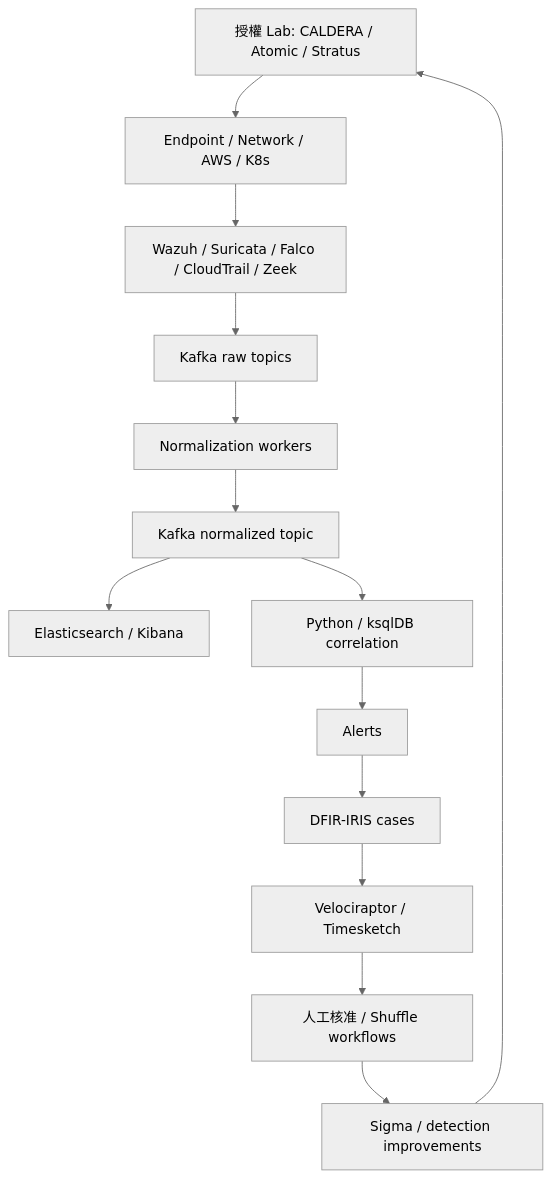
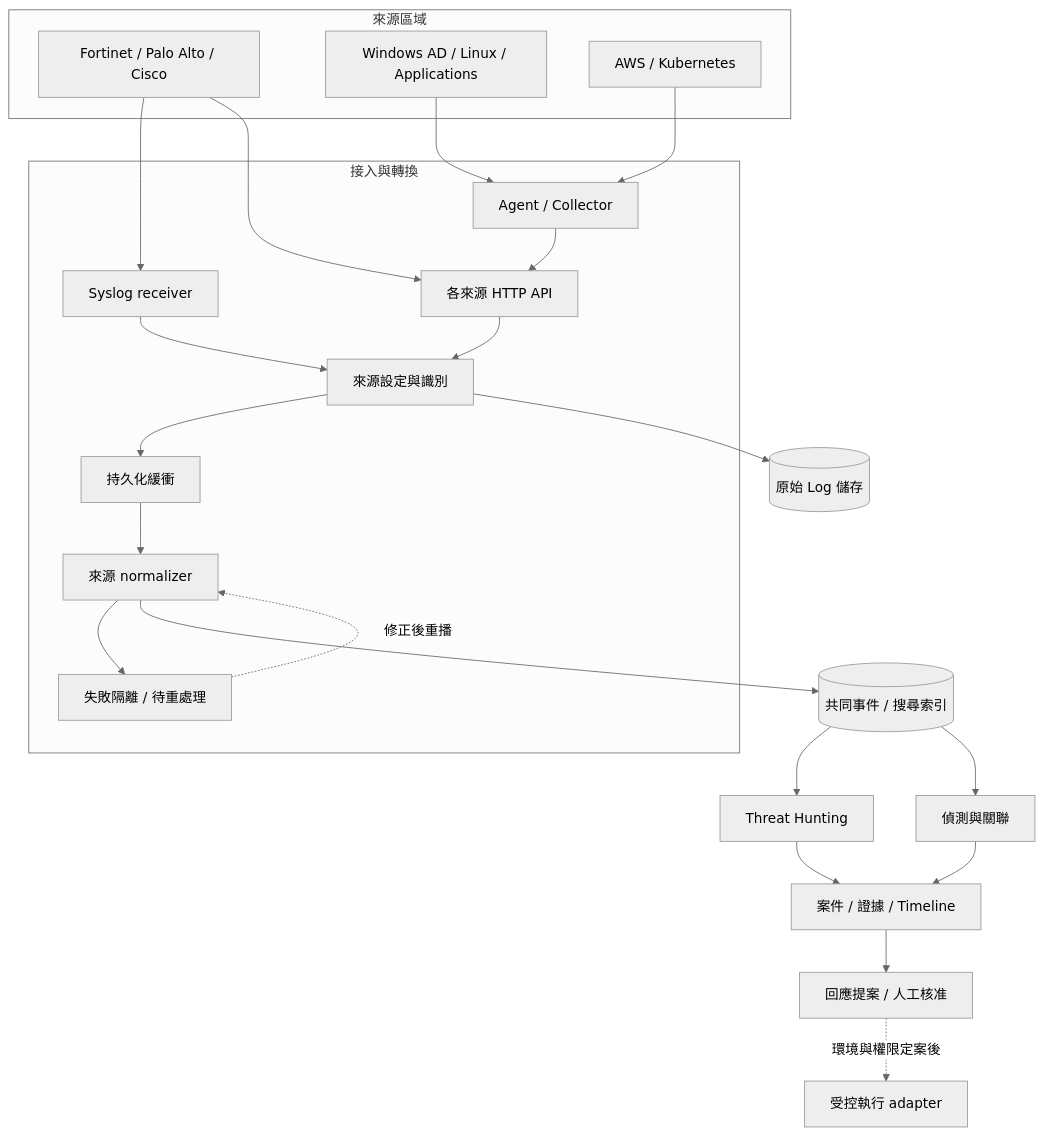
One commit to chikai0712/Threat-hunting-lab changed the first of 2 diagrams in docs/architecture.md. Above: the diagram before and after it, drawn with Mermaid (neutral theme). The commit also changed other lines of this file and 14 other files, not shown here.

Commit message:
docs: establish architecture-first baseline and defer deployment until environment discovery

````diff
--- a/docs/architecture.md
+++ b/docs/architecture.md
@@ -25,16 +21,36 @@
 ```mermaid
 flowchart TB
-    AT[授權 Lab: CALDERA / Atomic / Stratus] --> DS[Endpoint / Network / AWS / K8s]
-    DS --> SE[Wazuh / Suricata / Falco / CloudTrail / Zeek]
-    SE --> K[Kafka raw topics]
-    K --> N[Normalization workers]
-    N --> NK[Kafka normalized topic]
-    NK --> ELK[Elasticsearch / Kibana]
-    NK --> COR[Python / ksqlDB correlation]
-    COR --> AL[Alerts]
-    AL --> IR[DFIR-IRIS cases]
-    IR --> INV[Velociraptor / Timesketch]
-    INV --> RESP[人工核准 / Shuffle workflows]
-    RESP --> RULE[Sigma / detection improvements]
-    RULE --> AT
+    subgraph Sources[來源區域]
+        DEV[Fortinet / Palo Alto / Cisco]
+        HOST[Windows AD / Linux / Applications]
+        CLD[AWS / Kubernetes]
+    end
+    subgraph Ingestion[接入與轉換]
+        SYS[Syslog receiver]
+        API[各來源 HTTP API]
+        AG[Agent / Collector]
+        REG[來源設定與識別]
+        BUF[持久化緩衝]
+        NORM[來源 normalizer]
+        BAD[失敗隔離 / 待重處理]
+    end
+    DEV --> SYS
+    HOST --> AG
+    CLD --> AG
+    AG --> API
+    DEV --> API
+    SYS --> REG
+    API --> REG
+    REG --> BUF
+    BUF --> NORM
+    NORM --> BAD
+    BAD -.修正後重播.-> NORM
+    REG --> RAW[(原始 Log 儲存)]
+    NORM --> IDX[(共同事件 / 搜尋索引)]
+    IDX --> HUNT[Threat Hunting]
+    IDX --> DET[偵測與關聯]
+    DET --> CASE[案件 / 證據 / Timeline]
+    HUNT --> CASE
+    CASE --> RESP[回應提案 / 人工核准]
+    RESP -.環境與權限定案後.-> EXEC[受控執行 adapter]
 ```
````
